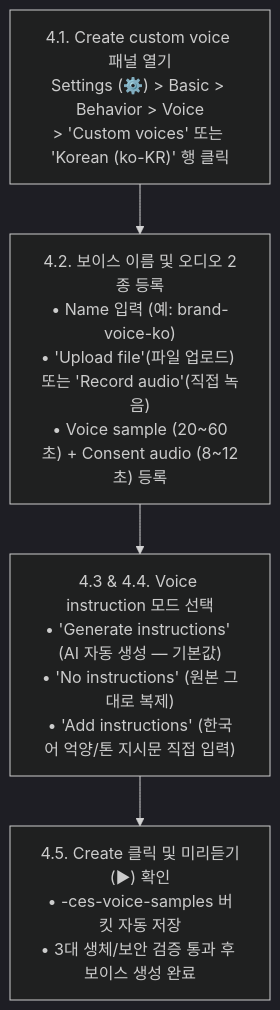
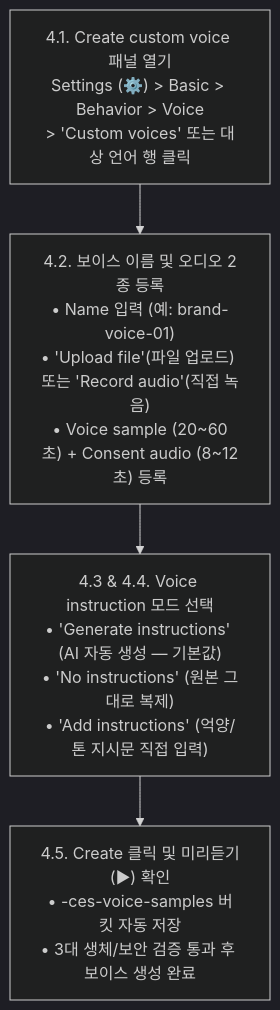
Before and after one commit to Jhko0404/cxas-custom-voice: the second of 2 diagrams in readme.md, drawn with Mermaid (dark theme). The commit also changed other lines of this file, not shown here.

Commit message:
docs: generalize Custom Voice guide headings and descriptions across languages

````diff
--- a/readme.md
+++ b/readme.md
@@ -225,6 +226,6 @@
 ```mermaid
 flowchart TD
-    A["4.1. Create custom voice 패널 열기\nSettings (⚙️) > Basic > Behavior > Voice\n> 'Custom voices' 또는 'Korean (ko-KR)' 행 클릭"] --> B["4.2. 보이스 이름 및 오디오 2종 등록\n• Name 입력 (예: brand-voice-ko)\n• 'Upload file'(파일 업로드) 또는 'Record audio'(직접 녹음)\n• Voice sample (20~60초) + Consent audio (8~12초) 등록"]
-    B --> C["4.3 & 4.4. Voice instruction 모드 선택\n• 'Generate instructions' (AI 자동 생성 — 기본값)\n• 'No instructions' (원본 그대로 복제)\n• 'Add instructions' (한국어 억양/톤 지시문 직접 입력)"]
+    A["4.1. Create custom voice 패널 열기\nSettings (⚙️) > Basic > Behavior > Voice\n> 'Custom voices' 또는 대상 언어 행 클릭"] --> B["4.2. 보이스 이름 및 오디오 2종 등록\n• Name 입력 (예: brand-voice-01)\n• 'Upload file'(파일 업로드) 또는 'Record audio'(직접 녹음)\n• Voice sample (20~60초) + Consent audio (8~12초) 등록"]
+    B --> C["4.3 & 4.4. Voice instruction 모드 선택\n• 'Generate instructions' (AI 자동 생성 — 기본값)\n• 'No instructions' (원본 그대로 복제)\n• 'Add instructions' (억양/톤 지시문 직접 입력)"]
     C --> D["4.5. Create 클릭 및 미리듣기(▶) 확인\n• <projectId>-ces-voice-samples 버킷 자동 저장\n• 3대 생체/보안 검증 통과 후 보이스 생성 완료"]
 ```
````
